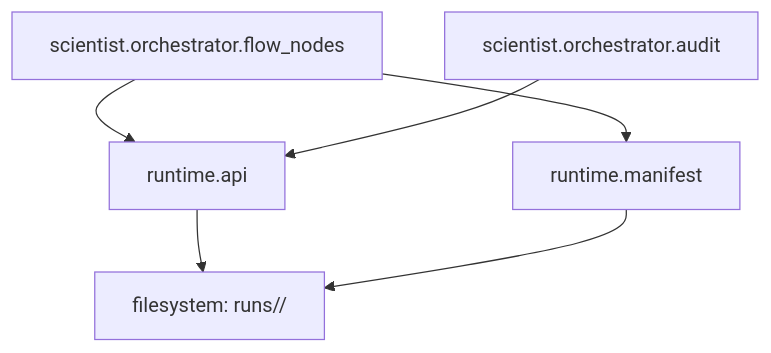
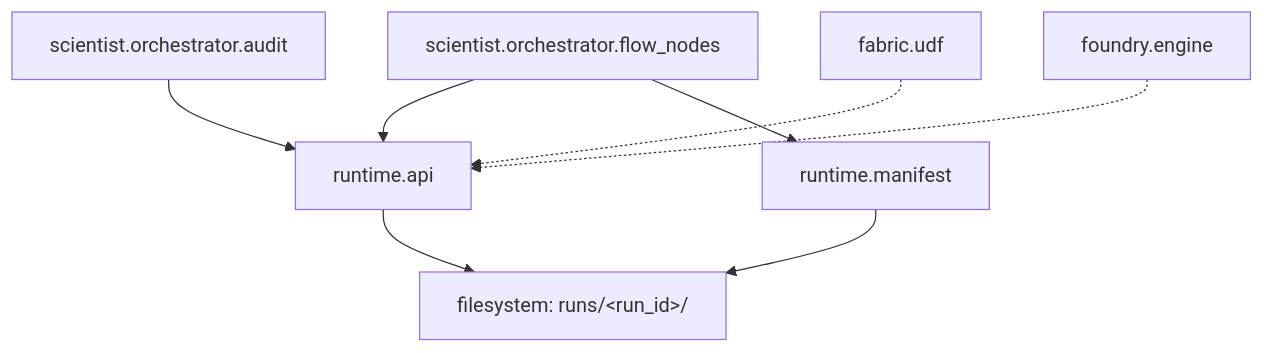
One commit to DenisKopylov/polisyos changed the diagram in policy-engine/src/polisyos/runtime/README.md. Above: the diagram before and after it, drawn with Mermaid. The commit also changed other lines of this file and 14 other files, not shown here.

````diff
--- a/policy-engine/src/polisyos/runtime/README.md
+++ b/policy-engine/src/polisyos/runtime/README.md
@@ -588,8 +656,10 @@
 ```mermaid
 graph TD
     A[scientist.orchestrator.flow_nodes] --> B[runtime.api]
     A --> C[runtime.manifest]
     D[scientist.orchestrator.audit] --> B
-    B --> E[filesystem: runs/<run_id>/]
+    B --> E[filesystem: runs/&lt;run_id&gt;/]
     C --> E
+    F[fabric.udf] -.-> B
+    G[foundry.engine] -.-> B
 ```
````
